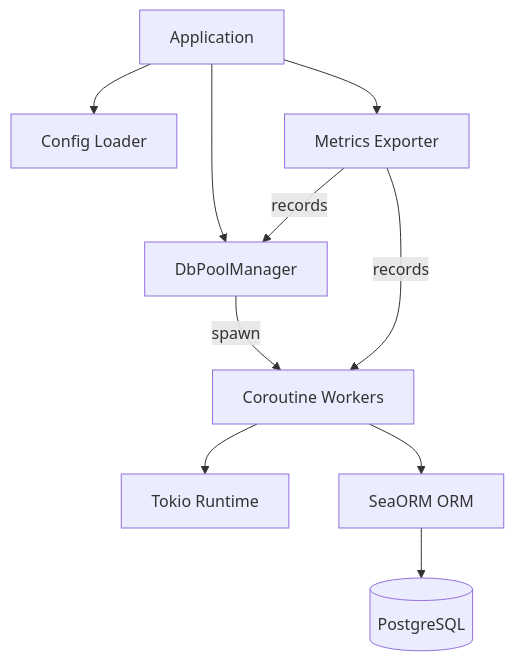
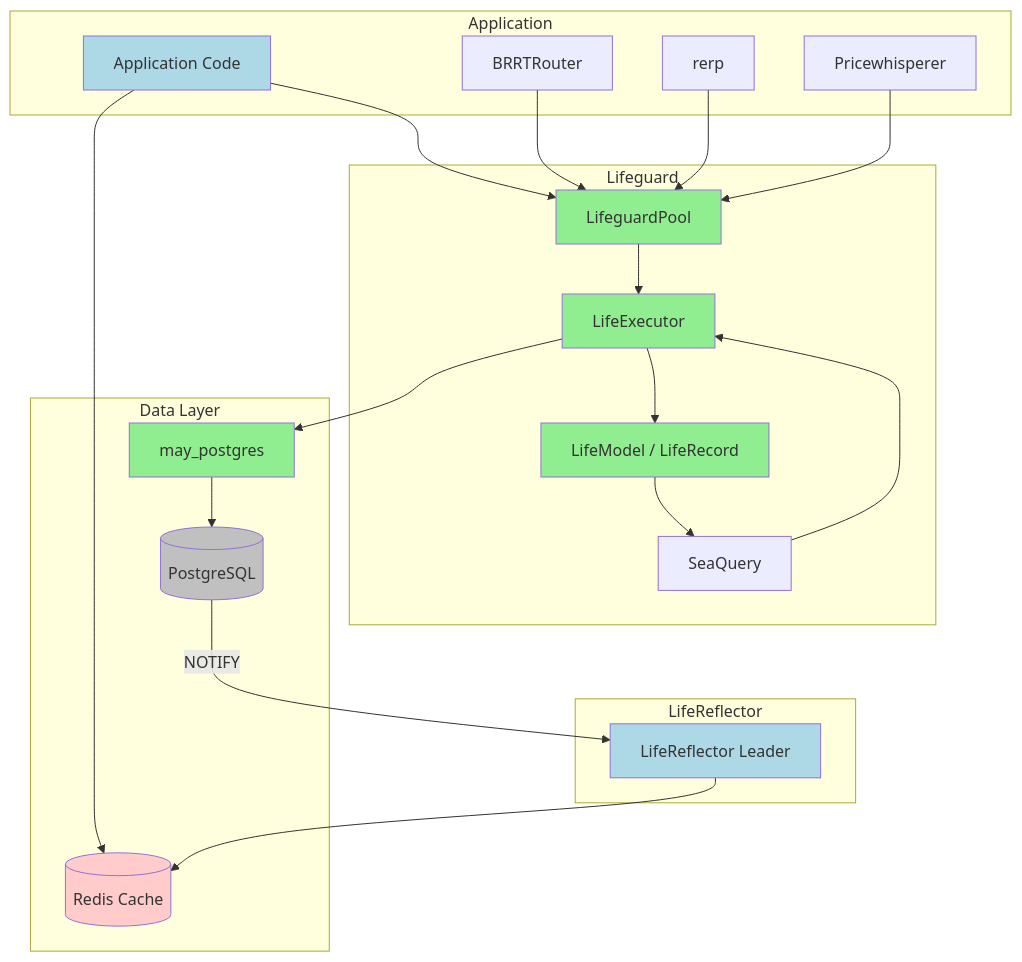
Before and after one commit to microscaler/lifeguard: the second of 4 diagrams in README.md, drawn with Mermaid. The commit also changed other lines of this file, not shown here.

````diff
--- a/README.md
+++ b/README.md
@@ -70,21 +211,51 @@
 ```mermaid
 graph TD
-    App[Application]
-    Config[Config Loader]
-    Metrics[Metrics Exporter]
-    Pool[DbPoolManager]
-    Worker[Coroutine Workers]
-    Tokio[Tokio Runtime]
-    SeaORM[SeaORM ORM]
-    PG[(PostgreSQL)]
-
-    App --> Config
+    subgraph Application
+        App[Application Code]
+        BRRTRouter[BRRTRouter]
+        rerp[rerp]
+        Pricewhisperer[Pricewhisperer]
+    end
+    
+    subgraph Lifeguard
+        Pool[LifeguardPool]
+        Executor[LifeExecutor]
+        LifeModel[LifeModel / LifeRecord]
+        SeaQuery[SeaQuery]
+    end
+    
+    subgraph Data Layer
+        may_postgres[may_postgres]
+        PostgreSQL[(PostgreSQL)]
+        Redis[(Redis Cache)]
+    end
+    
+    subgraph LifeReflector
+        Reflector[LifeReflector Leader]
+    end
+    
     App --> Pool
-    App --> Metrics
-    Pool -->|spawn| Worker
-    Worker --> Tokio
-    Worker --> SeaORM
-    SeaORM --> PG
-    Metrics -->|records| Pool
-    Metrics -->|records| Worker
+    BRRTRouter --> Pool
+    rerp --> Pool
+    Pricewhisperer --> Pool
+    
+    Pool --> Executor
+    Executor --> LifeModel
+    LifeModel --> SeaQuery
+    SeaQuery --> Executor
+    Executor --> may_postgres
+    may_postgres --> PostgreSQL
+    
+    App --> Redis
+    PostgreSQL -- NOTIFY --> Reflector
+    Reflector --> Redis
+    
+    style App fill:#add8e6
+    style Pool fill:#90ee90
+    style Executor fill:#90ee90
+    style LifeModel fill:#90ee90
+    style may_postgres fill:#90ee90
+    style PostgreSQL fill:#c0c0c0
+    style Redis fill:#ffcccb
+    style Reflector fill:#add8e6
 ```
````
